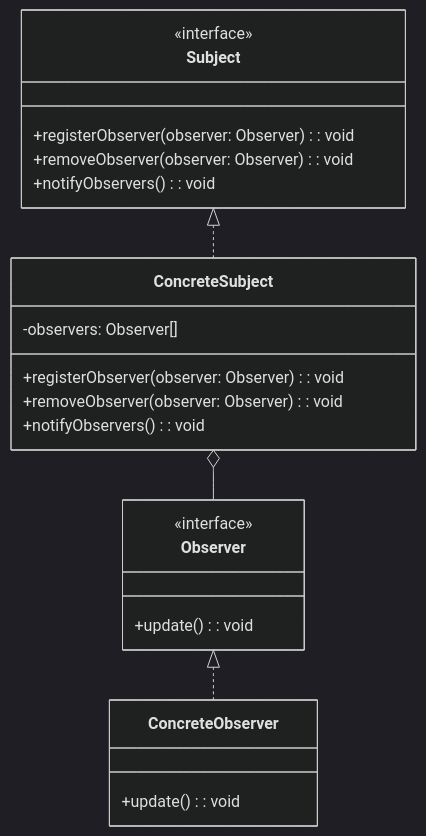
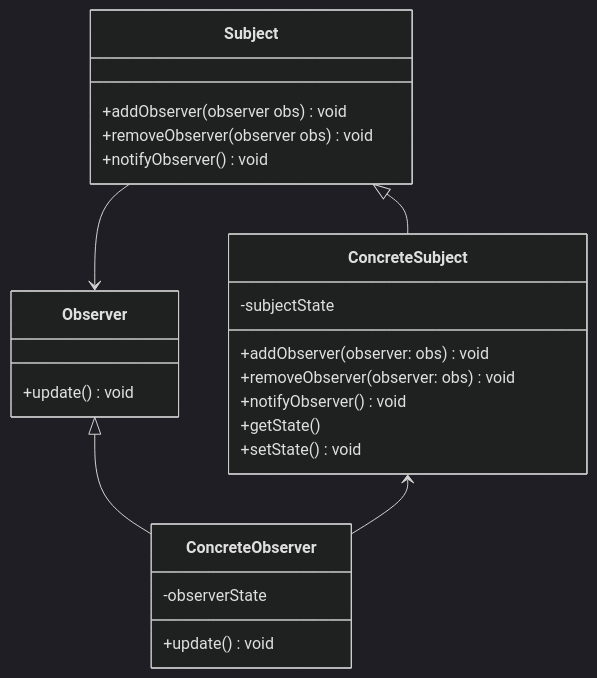
The tenth of 11 diagrams in 计算机科学/面向对象设计与Java编程/9 设计模式/9-1 设计模式概述.md (InfiniteAstral/notes), drawn with Mermaid (dark theme) before and after one commit. The commit also changed other lines of this file, not shown here.

Commit message:
feat: update mermaid class diagram 计算机科学/面向对象设计与Java编程/9 设计模式/9-1 设计模式概述.md

````diff
--- a/计算机科学/面向对象设计与Java编程/9 设计模式/9-1 设计模式概述.md
+++ b/计算机科学/面向对象设计与Java编程/9 设计模式/9-1 设计模式概述.md
@@ -360,26 +445,29 @@
 ```mermaid
 classDiagram
-    class Subject {
-        <<interface>>
-        +registerObserver(observer: Observer): void
-        +removeObserver(observer: Observer): void
-        +notifyObservers(): void
-    }
-    class ConcreteSubject {
-        -observers: Observer[]
-        +registerObserver(observer: Observer): void
-        +removeObserver(observer: Observer): void
-        +notifyObservers(): void
-    }
-    class Observer {
-        <<interface>>
-        +update(): void
-    }
-    class ConcreteObserver {
-        +update(): void
-    }
+  direction TB
+  class Subject {
+    +addObserver(observer obs) void
+    +removeObserver(observer obs) void
+    +notifyObserver() void
+  }
+  class ConcreteSubject {
+    -subjectState
+    +addObserver(observer: obs) void
+    +removeObserver(observer: obs) void
+    +notifyObserver() void
+    +getState()
+    +setState() void
+  }
+  class Observer {
+    +update() void
+  }
+  class ConcreteObserver {
+    -observerState
+    +update() void
+  }
 
-    Subject <|.. ConcreteSubject
-    Observer <|.. ConcreteObserver
-    ConcreteSubject o-- Observer
+  Subject --> Observer
+  Subject <|-- ConcreteSubject
+  Observer <|-- ConcreteObserver
+  ConcreteSubject <-- ConcreteObserver
 ```
````
